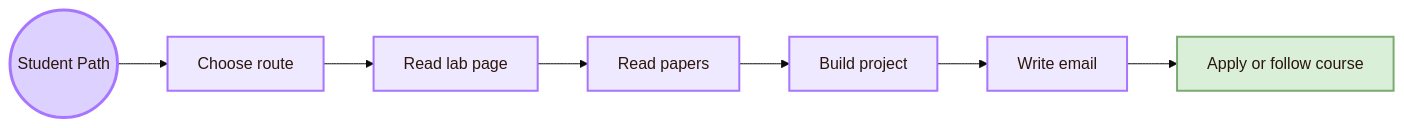
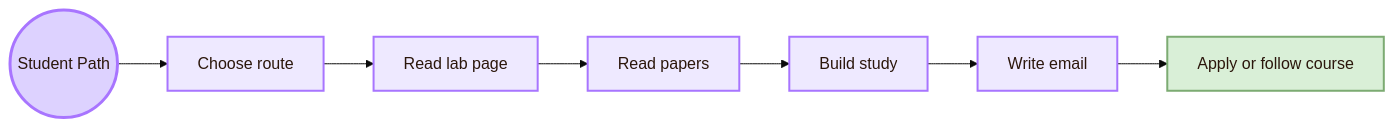
One commit to andreitegzes06-ui/CogniShire changed the third of 4 diagrams in 01_Core_Area_HCI/001_Subareas/01_Understanding_the_User/Important People.md. Above: the diagram before and after it, drawn with Mermaid (base theme). The commit also changed other lines of this file and 132 other files, not shown here.

````diff
--- a/01_Core_Area_HCI/001_Subareas/01_Understanding_the_User/Important People.md
+++ b/01_Core_Area_HCI/001_Subareas/01_Understanding_the_User/Important People.md
@@ -326,18 +263,18 @@
 ```mermaid
 flowchart LR
     A((Student Path))
     A --> B[Choose route]
     B --> C[Read lab page]
     C --> D[Read papers]
-    D --> E[Build project]
+    D --> E[Build study]
     E --> F[Write email]
     F --> G[Apply or follow course]
 
     classDef center fill:#ddd2ff,stroke:#a875ff,color:#2b160b,stroke-width:3px;
     classDef node fill:#eee9ff,stroke:#a875ff,color:#2b160b,stroke-width:2px;
     classDef final fill:#d9efd7,stroke:#7cab72,color:#2b160b,stroke-width:2px;
 
     class A center;
     class B,C,D,E,F node;
     class G final;
 ```
````
